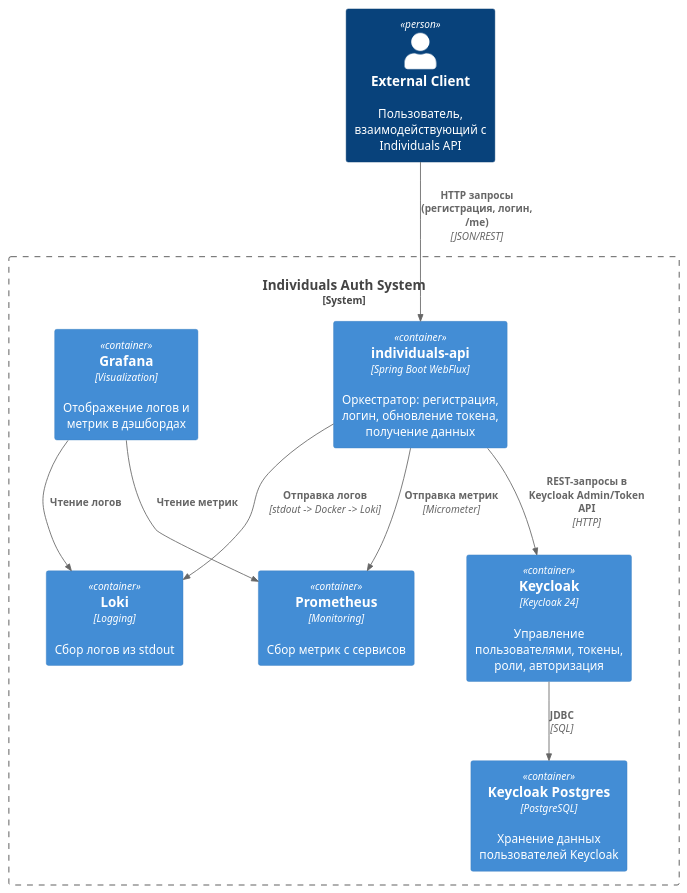
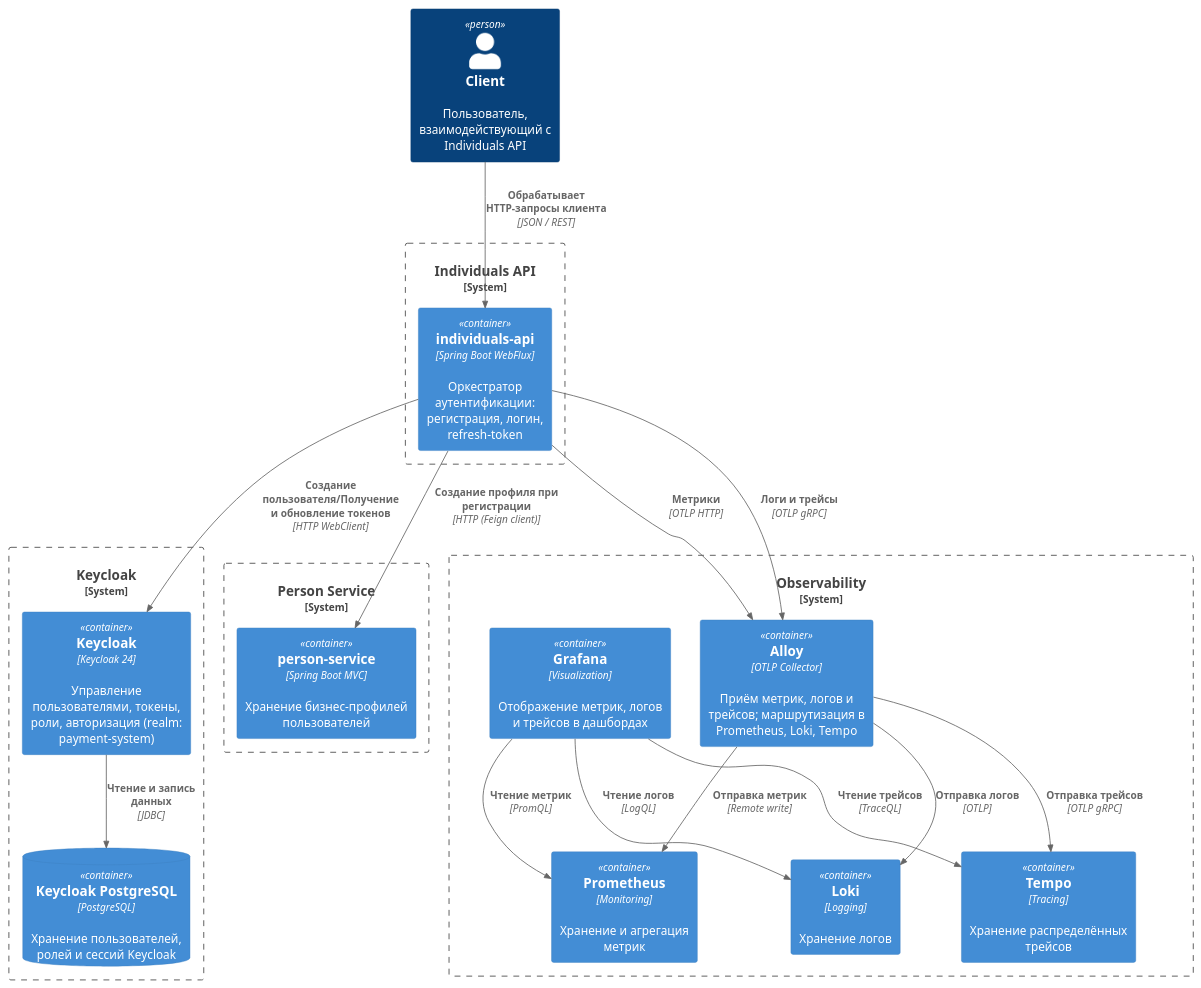
The diagram in individuals-api/architecture/individuals-api.puml (tmqone/proselyte_study), drawn with PlantUML before and after one commit. The commit also changed 16 other files, not shown here.

Commit message:
architecture added

```diff
--- a/individuals-api/architecture/individuals-api.puml
+++ b/individuals-api/architecture/individuals-api.puml
@@ -1,22 +1,45 @@
 @startuml
 !includeurl https://raw.githubusercontent.com/plantuml-stdlib/C4-PlantUML/master/C4_Container.puml
 
-Person(dev, "External Client", "Пользователь, взаимодействующий с Individuals API")
+Person(client, "Client", "Пользователь, взаимодействующий с Individuals API")
 
-System_Boundary(indSystem, "Individuals Auth System") {
-    Container(indApi, "individuals-api", "Spring Boot WebFlux", "Оркестратор: регистрация, логин, обновление токена, получение данных")
-    Container(keycloak, "Keycloak", "Keycloak 24", "Управление пользователями, токены, роли, авторизация")
-    Container(postgres, "Keycloak Postgres", "PostgreSQL", "Хранение данных пользователей Keycloak")
-    Container(prometheus, "Prometheus", "Monitoring", "Сбор метрик с сервисов")
-    Container(loki, "Loki", "Logging", "Сбор логов из stdout")
-    Container(grafana, "Grafana", "Visualization", "Отображение логов и метрик в дэшбордах")
+System_Boundary(appBoundary, "Individuals API") {
+    Container(indApi, "individuals-api", "Spring Boot WebFlux", "Оркестратор аутентификации: регистрация, логин, refresh-token")
 }
 
-Rel(dev, indApi, "HTTP запросы (регистрация, логин, /me)", "JSON/REST")
-Rel(indApi, keycloak, "REST-запросы в Keycloak Admin/Token API", "HTTP")
-Rel(keycloak, postgres, "JDBC", "SQL")
-Rel(indApi, prometheus, "Отправка метрик", "Micrometer")
-Rel(indApi, loki, "Отправка логов", "stdout -> Docker -> Loki")
-Rel(grafana, prometheus, "Чтение метрик")
-Rel(grafana, loki, "Чтение логов")
+System_Boundary(keycloakBoundary, "Keycloak") {
+    Container(keycloak, "Keycloak", "Keycloak 24", "Управление пользователями, токены, роли, авторизация (realm: payment-system)")
+    ContainerDb(keycloakDb, "Keycloak PostgreSQL", "PostgreSQL", "Хранение пользователей, ролей и сессий Keycloak")
+}
+
+System_Boundary(personBoundary, "Person Service") {
+    Container(personService, "person-service", "Spring Boot MVC", "Хранение бизнес-профилей пользователей")
+}
+
+System_Boundary(obsBoundary, "Observability") {
+    Container(alloy, "Alloy", "OTLP Collector", "Приём метрик, логов и трейсов; маршрутизация в Prometheus, Loki, Tempo")
+    Container(prometheus, "Prometheus", "Monitoring", "Хранение и агрегация метрик")
+    Container(loki, "Loki", "Logging", "Хранение логов")
+    Container(tempo, "Tempo", "Tracing", "Хранение распределённых трейсов")
+    Container(grafana, "Grafana", "Visualization", "Отображение метрик, логов и трейсов в дашбордах")
+}
+
+Rel(client, indApi, "Обрабатывает HTTP-запросы клиента", "JSON / REST")
+
+Rel(indApi, keycloak, "Создание пользователя/Получение и обновление токенов", "HTTP WebClient")
+Rel(keycloak, keycloakDb, "Чтение и запись данных", "JDBC")
+
+Rel(indApi, personService, "Создание профиля при регистрации", "HTTP (Feign сlient)")
+
+Rel(indApi, alloy, "Метрики", "OTLP HTTP")
+Rel(indApi, alloy, "Логи и трейсы", "OTLP gRPC")
+
+Rel(alloy, prometheus, "Отправка метрик", "Remote write")
+Rel(alloy, loki, "Отправка логов", "OTLP")
+Rel(alloy, tempo, "Отправка трейсов", "OTLP gRPC")
+
+Rel(grafana, prometheus, "Чтение метрик", "PromQL")
+Rel(grafana, loki, "Чтение логов", "LogQL")
+Rel(grafana, tempo, "Чтение трейсов", "TraceQL")
+
 @enduml
```
